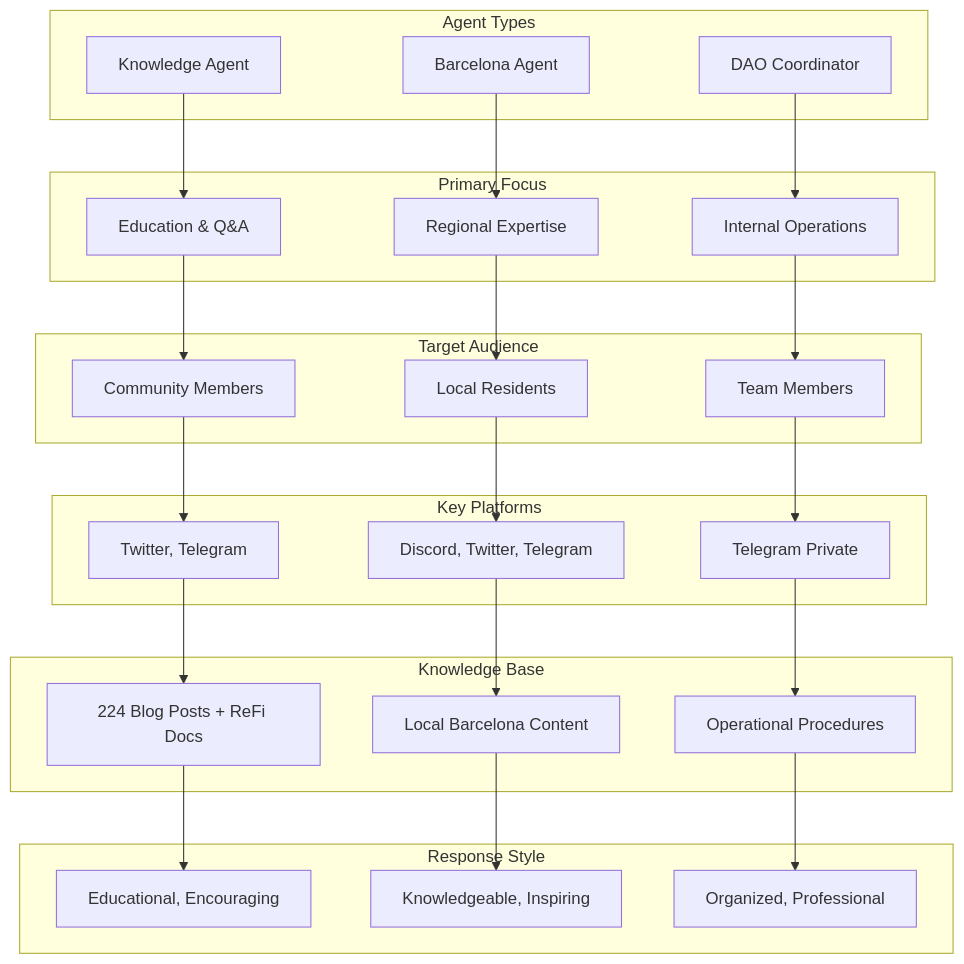
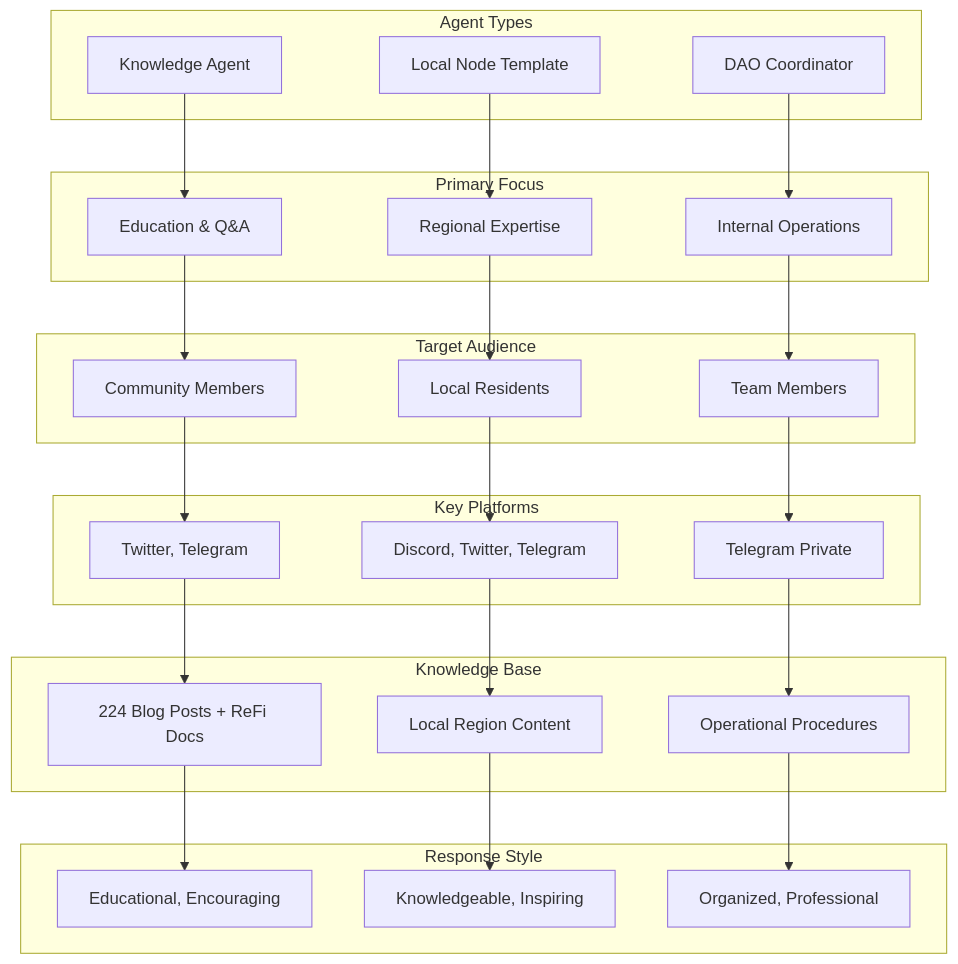
The seventh of 9 diagrams in README.md (ReFiDAO/regen_eliza-refi_dao), drawn with Mermaid before and after one commit. The commit also changed other lines of this file, not shown here.

First line of the commit message:
docs: update README to reflect refi-local-node-template and improve diagram vertical flow

````diff
--- a/README.md
+++ b/README.md
@@ -676,58 +699,58 @@
 ```mermaid
 graph TB
     subgraph "Agent Types"
         AT1[Knowledge Agent]
-        AT2[Barcelona Agent]
+        AT2[Local Node Template]
         AT3[DAO Coordinator]
     end
     
     subgraph "Primary Focus"
         PF1[Education & Q&A]
         PF2[Regional Expertise]
         PF3[Internal Operations]
     end
     
     subgraph "Target Audience"
         TA1[Community Members]
         TA2[Local Residents]
         TA3[Team Members]
     end
     
     subgraph "Key Platforms"
         KP1[Twitter, Telegram]
         KP2[Discord, Twitter, Telegram]
         KP3[Telegram Private]
     end
     
     subgraph "Knowledge Base"
         KB1[224 Blog Posts + ReFi Docs]
-        KB2[Local Barcelona Content]
+        KB2[Local Region Content]
         KB3[Operational Procedures]
     end
     
     subgraph "Response Style"
         RS1[Educational, Encouraging]
         RS2[Knowledgeable, Inspiring]
         RS3[Organized, Professional]
     end
     
     AT1 --> PF1
     AT2 --> PF2
     AT3 --> PF3
     
     PF1 --> TA1
     PF2 --> TA2
     PF3 --> TA3
     
     TA1 --> KP1
     TA2 --> KP2
     TA3 --> KP3
     
     KP1 --> KB1
     KP2 --> KB2
     KP3 --> KB3
     
     KB1 --> RS1
     KB2 --> RS2
     KB3 --> RS3
 ```
````
